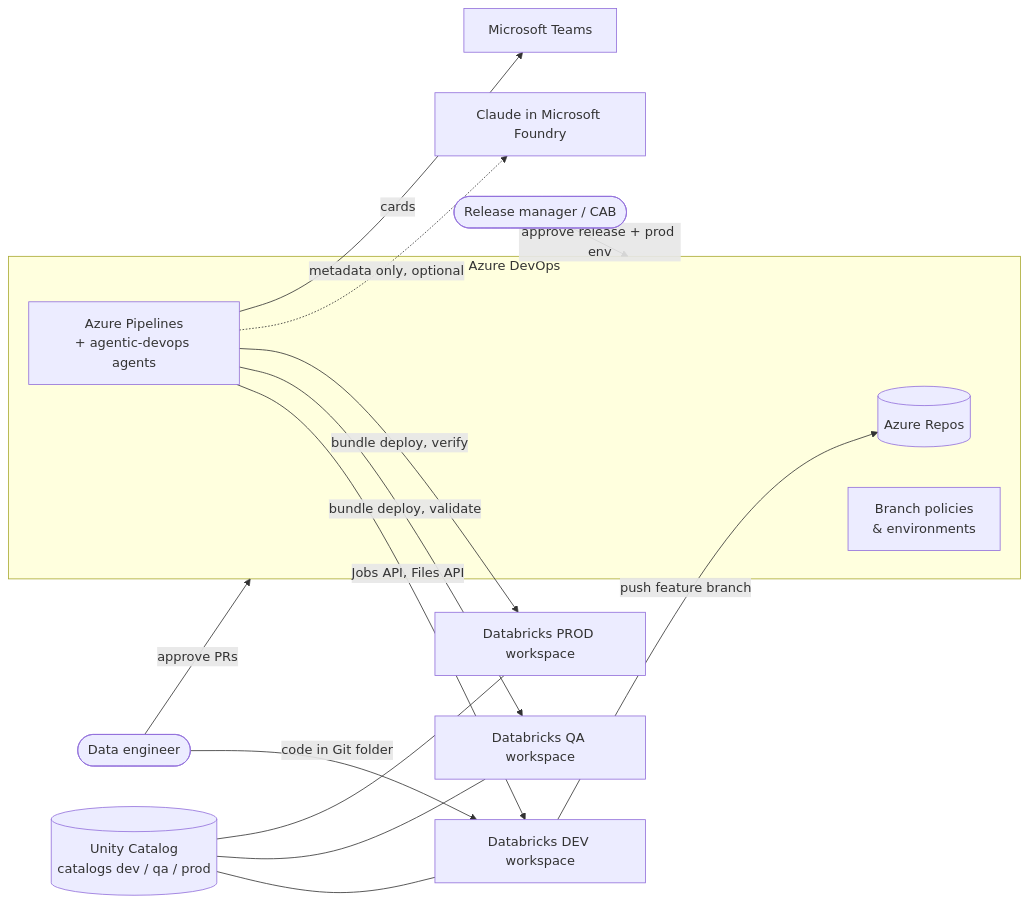
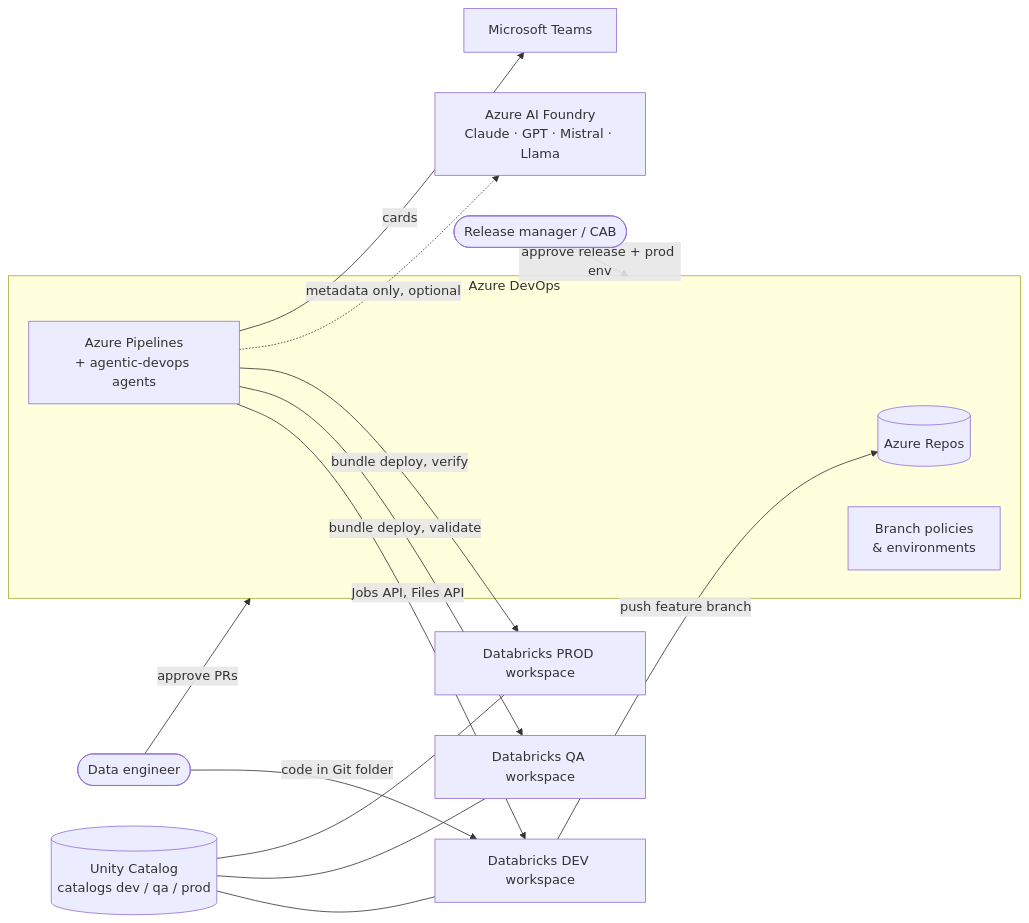
The first of 8 diagrams in docs/HLD.md (SUDHANSHU4497/demo_repo_create), drawn with Mermaid before and after one commit. The commit also changed other lines of this file and 40 other files, not shown here.

````diff
--- a/docs/HLD.md
+++ b/docs/HLD.md
@@ -48,18 +50,18 @@
 ```mermaid
 flowchart LR
     dev([Data engineer]) -->|code in Git folder| DBXdev["Databricks DEV workspace"]
     DBXdev -->|push feature branch| REPO[(Azure Repos)]
     dev -->|approve PRs| ADO
     rm([Release manager / CAB]) -->|approve release + prod env| ADO
     subgraph ADO["Azure DevOps"]
       REPO
       PIPE["Azure Pipelines<br/>+ agentic-devops agents"]
       POL["Branch policies<br/>& environments"]
     end
     PIPE -->|Jobs API, Files API| DBXdev
     PIPE -->|bundle deploy, validate| DBXqa["Databricks QA workspace"]
     PIPE -->|bundle deploy, verify| DBXprod["Databricks PROD workspace"]
-    PIPE -.->|metadata only, optional| LLM["Claude in Microsoft Foundry"]
+    PIPE -.->|metadata only, optional| LLM["Azure AI Foundry<br/>Claude · GPT · Mistral · Llama"]
     PIPE -->|cards| TEAMS["Microsoft Teams"]
     UC[(Unity Catalog<br/>catalogs dev / qa / prod)] --- DBXdev & DBXqa & DBXprod
 ```
````
